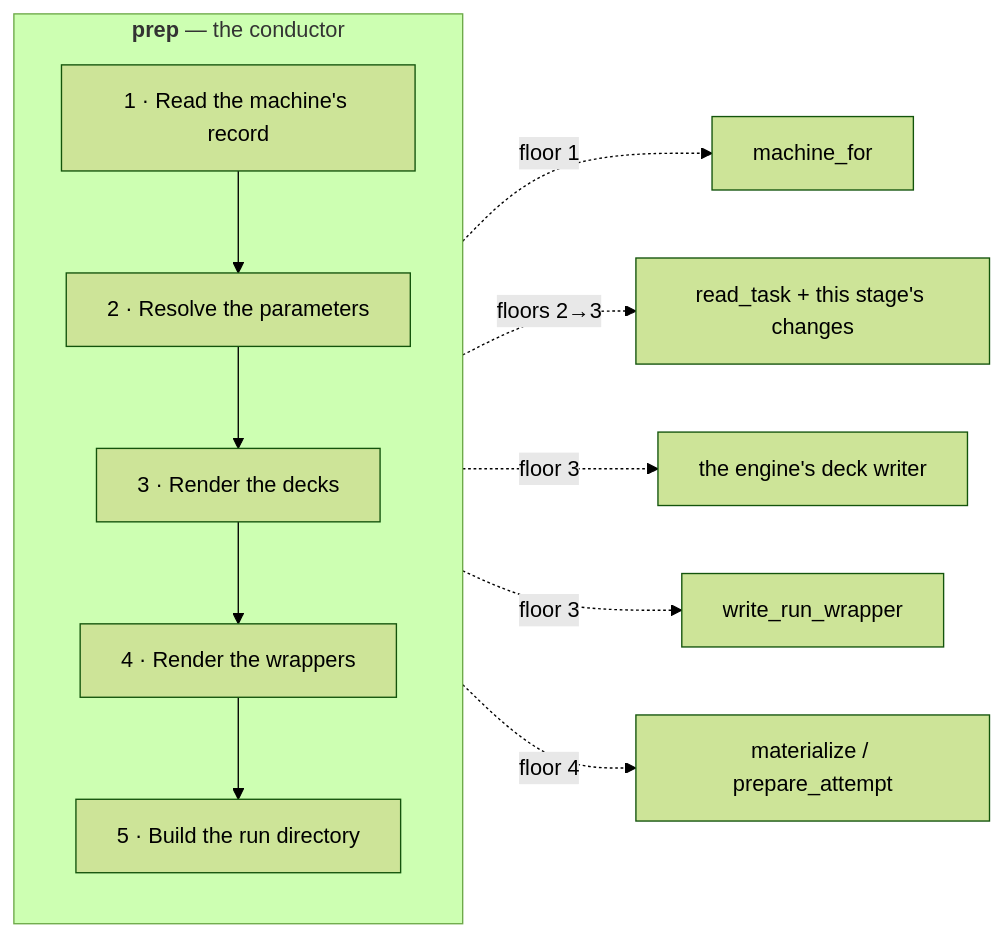
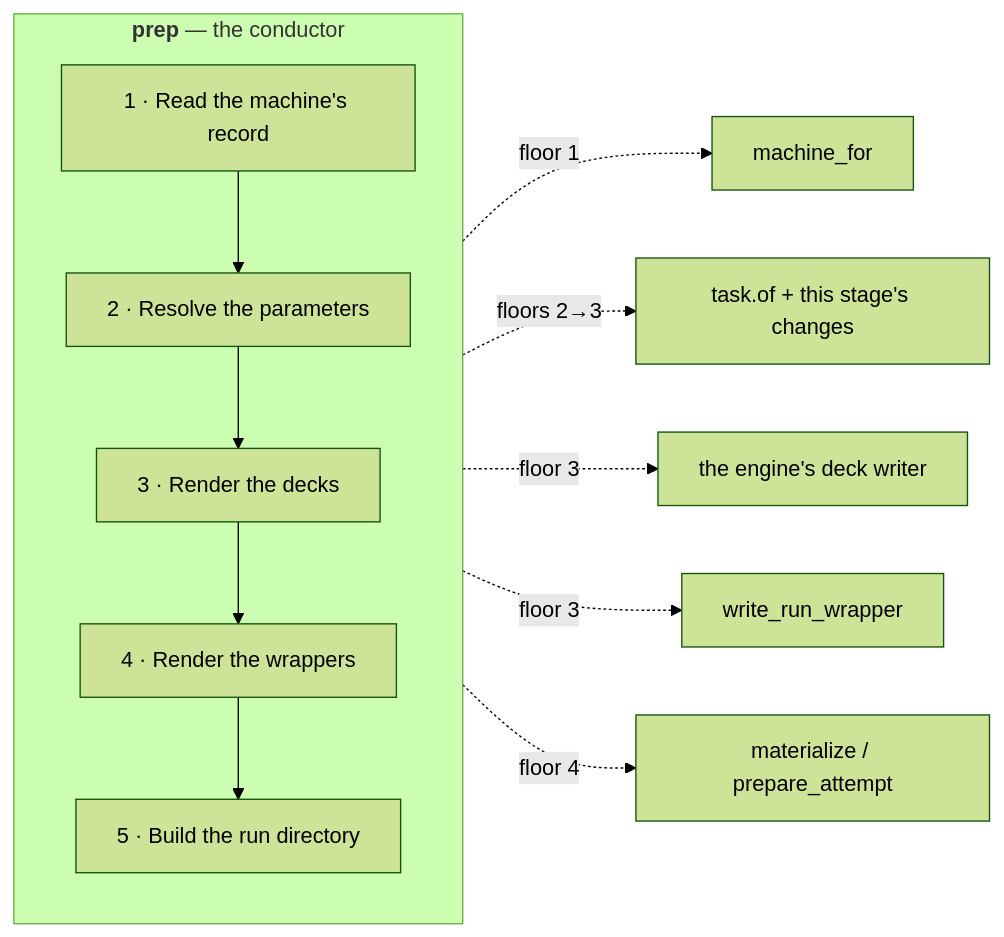
One commit to Qing-LAB/molbuilder changed the fourth of 10 diagrams in docs/execution/architecture.md. Above: the diagram before and after it, drawn with Mermaid (forest theme). The commit also changed other lines of this file and 74 other files, not shown here.

````diff
--- a/docs/execution/architecture.md
+++ b/docs/execution/architecture.md
@@ -511,14 +512,14 @@
 ```mermaid
 flowchart LR
     subgraph PREP["<b>prep</b> — the conductor"]
       direction TB
       p1["1 · Read the machine's record"] --> p2["2 · Resolve the parameters"]
       p2 --> p3["3 · Render the decks"] --> p4["4 · Render the wrappers"]
       p4 --> p5["5 · Build the run directory"]
     end
     p1 -.->|"floor 1"| q1["machine_for"]
-    p2 -.->|"floors 2→3"| q2["read_task + this stage's changes"]
+    p2 -.->|"floors 2→3"| q2["task.of + this stage's changes"]
     p3 -.->|"floor 3"| q3["the engine's deck writer"]
     p4 -.->|"floor 3"| q4["write_run_wrapper"]
     p5 -.->|"floor 4"| q5["materialize / prepare_attempt"]
 ```
````
